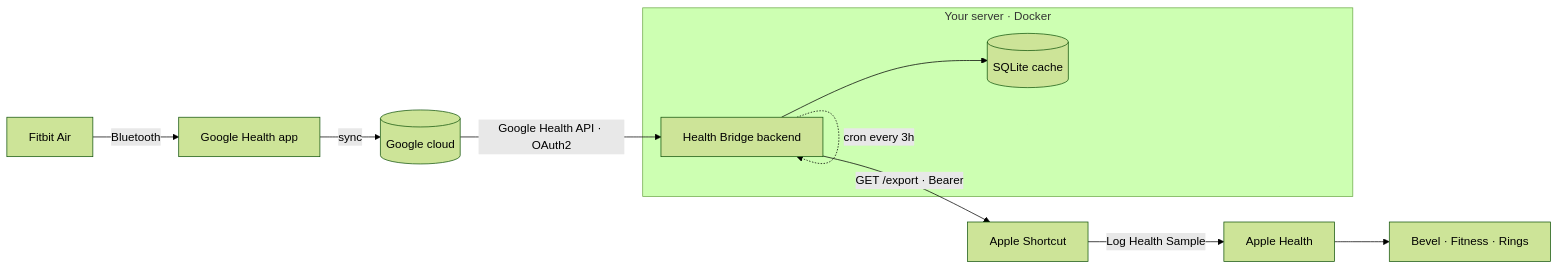
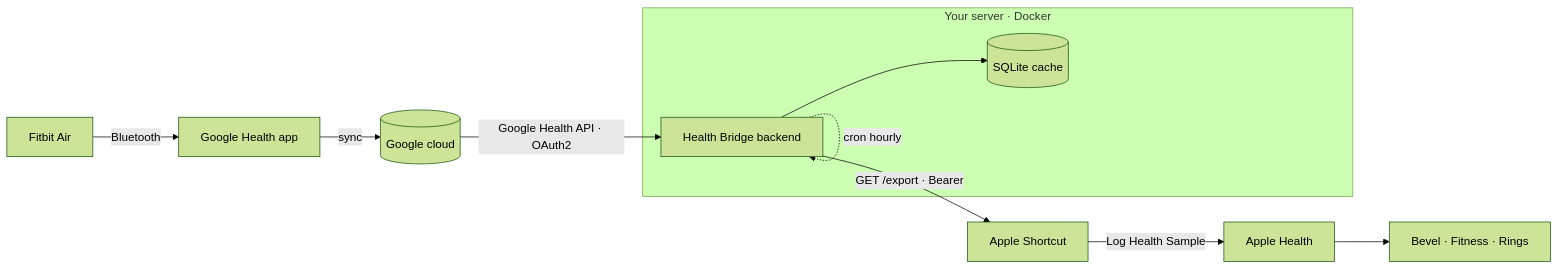
Before and after one commit to rowesk/health-bridge: the first of 2 diagrams in README.md, drawn with Mermaid (forest theme). The commit also changed other lines of this file and 2 other files, not shown here.

Commit message:
Run Google Health sync hourly

````diff
--- a/README.md
+++ b/README.md
@@ -27,13 +27,13 @@
 ```mermaid
 flowchart LR
     A[Fitbit Air] -->|Bluetooth| B[Google Health app]
     B -->|sync| C[(Google cloud)]
     C -->|"Google Health API · OAuth2"| D[Health Bridge backend]
     subgraph Server["Your server · Docker"]
         D --> E[(SQLite cache)]
-        D -. "cron every 3h" .-> D
+        D -. "cron hourly" .-> D
     end
     D -->|"GET /export · Bearer"| F[Apple Shortcut]
     F -->|"Log Health Sample"| G[Apple Health]
     G --> H[Bevel · Fitness · Rings]
 ```
````
